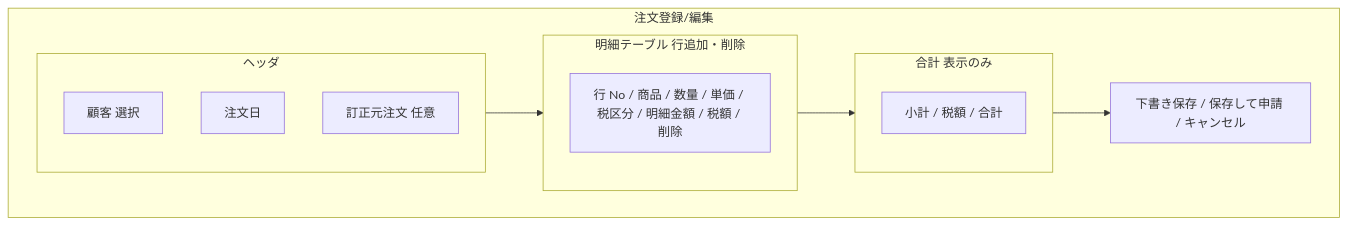
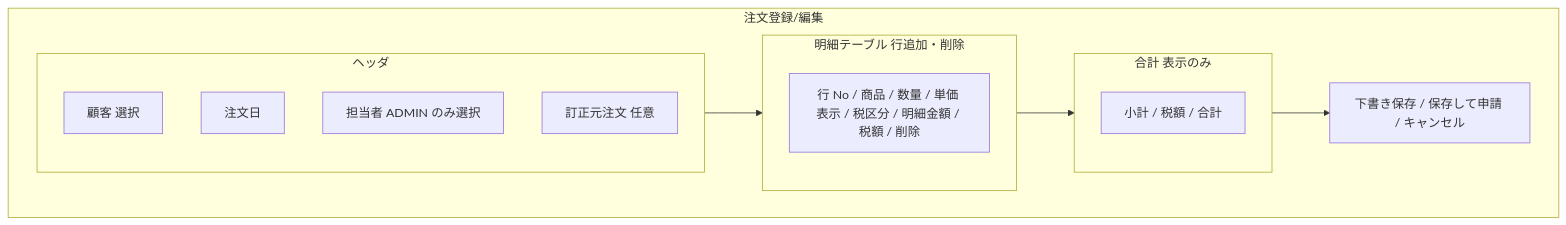
The second of 4 diagrams in docs/基本設計/業務設計/order/spec-order-screen-ui.md (quyangboxjob/DDMSAA), drawn with Mermaid before and after one commit. The commit also changed other lines of this file and 48 other files, not shown here.

````diff
--- a/docs/基本設計/業務設計/order/spec-order-screen-ui.md
+++ b/docs/基本設計/業務設計/order/spec-order-screen-ui.md
@@ -56,18 +57,19 @@
 ```mermaid
 flowchart TB
   subgraph P[注文登録/編集]
     subgraph H[ヘッダ]
       H1[顧客 選択]
       H2[注文日]
+      H4[担当者 ADMIN のみ選択]
       H3[訂正元注文 任意]
     end
     subgraph L[明細テーブル 行追加・削除]
-      L1[行 No / 商品 / 数量 / 単価 / 税区分 / 明細金額 / 税額 / 削除]
+      L1[行 No / 商品 / 数量 / 単価 表示 / 税区分 / 明細金額 / 税額 / 削除]
     end
     subgraph SUM[合計 表示のみ]
       SUM1[小計 / 税額 / 合計]
     end
     BTN[下書き保存 / 保存して申請 / キャンセル]
   end
   H --> L --> SUM --> BTN
 ```
````
